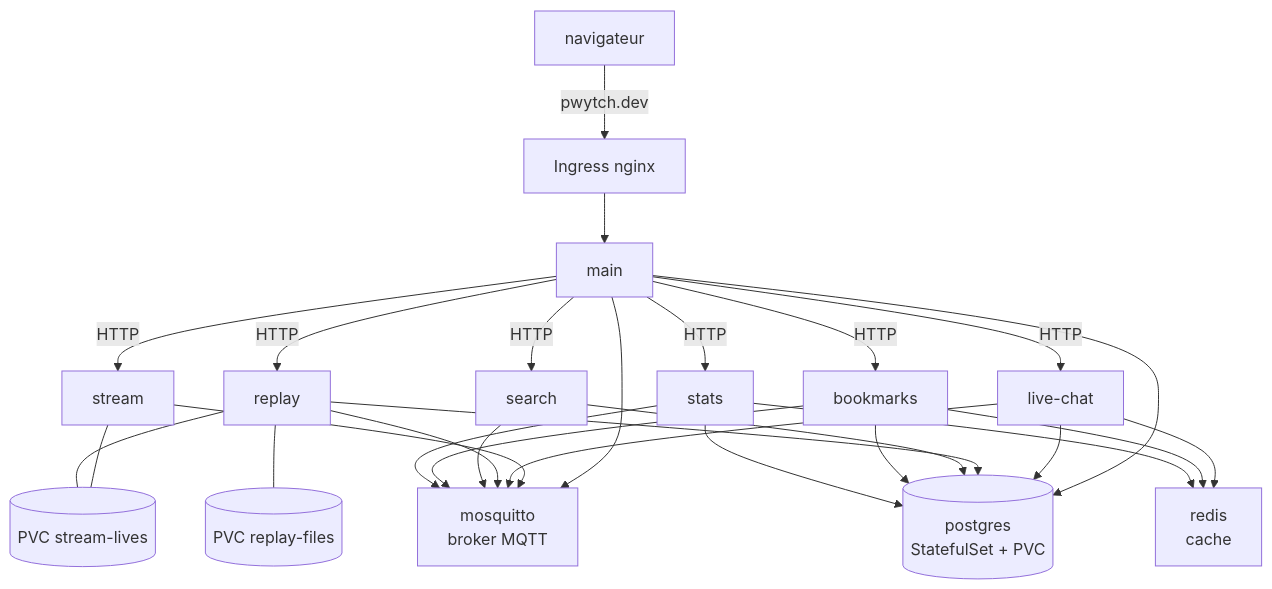
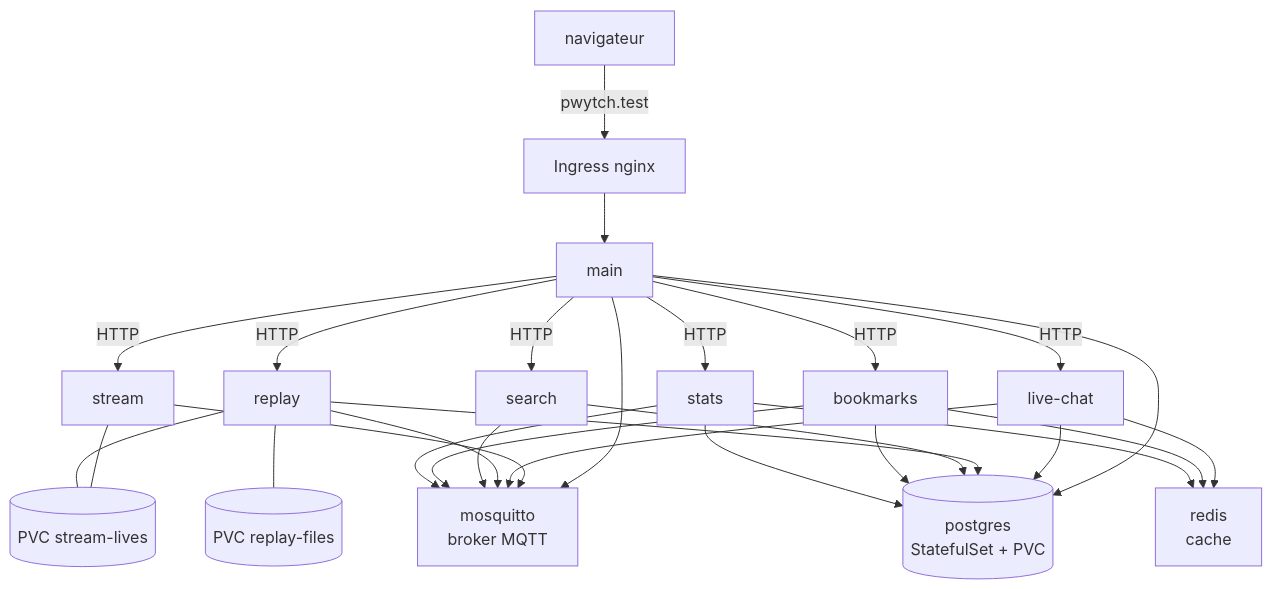
One commit to Bilnaa/pwytch-cd changed the second of 2 diagrams in README.md. Above: the diagram before and after it, drawn with Mermaid. The commit also changed other lines of this file and 3 other files, not shown here.

Commit message:
fix(k8s): serve dev on pwytch.test, the .dev domain is forced to https by browsers

````diff
--- a/README.md
+++ b/README.md
@@ -32,12 +32,12 @@
 ```mermaid
 flowchart TB
-  user[navigateur] -->|pwytch.dev| ing[Ingress nginx]
+  user[navigateur] -->|pwytch.test| ing[Ingress nginx]
   ing --> main
   main -->|HTTP| stream & livechat[live-chat] & replay & search & bookmarks & stats
   main & livechat & replay & search & bookmarks & stats --> pg[(postgres<br/>StatefulSet + PVC)]
   livechat & bookmarks & stats --> redis[redis<br/>cache]
   main & stream & livechat & replay & search & bookmarks & stats --> mqtt[mosquitto<br/>broker MQTT]
   stream --- lives[(PVC stream-lives)]
   replay --- lives
   replay --- rf[(PVC replay-files)]
 ```
````
